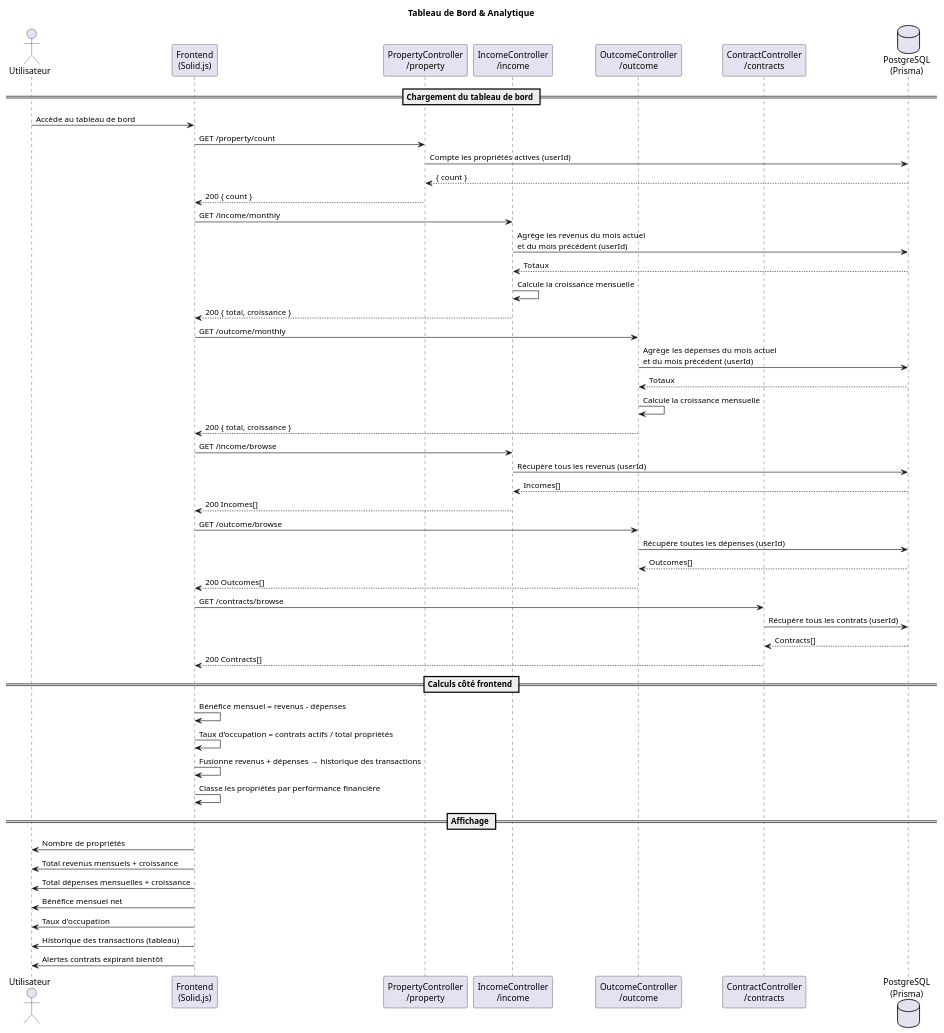
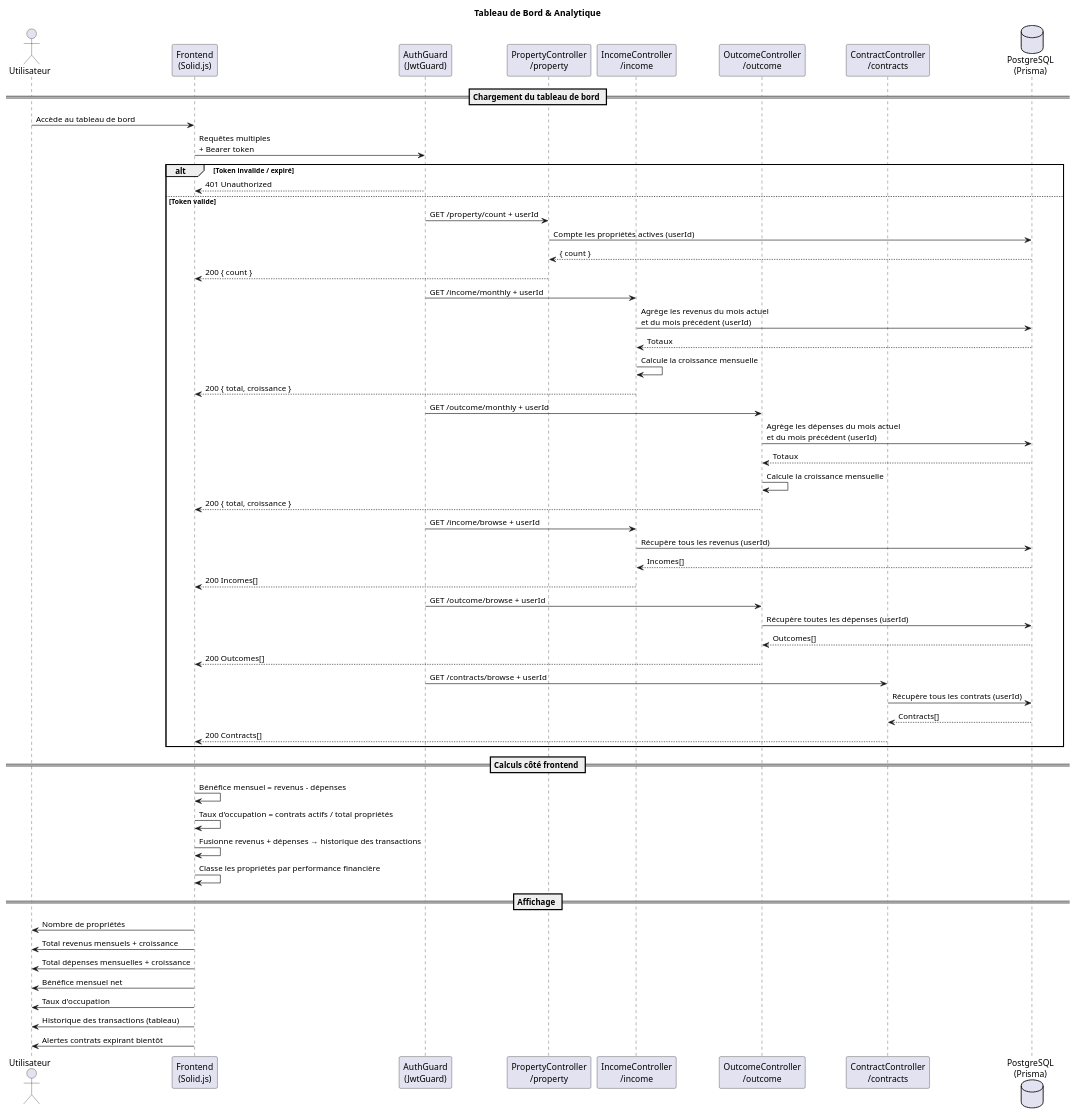
Before and after one commit to Quentindrms/proprieto: the diagram in docs/diagram/sequence/tableau-de-bord.puml, drawn with PlantUML. The commit also changed 8 other files, not shown here.

Commit message:
docs(diagrams): add JWT authentication flow to sequence diagrams

```diff
--- a/docs/diagram/sequence/tableau-de-bord.puml
+++ b/docs/diagram/sequence/tableau-de-bord.puml
@@ -1,63 +1,69 @@
 @startuml TableauDeBord
+!pragma layout smetana
 
 title Tableau de Bord & Analytique
 
 actor Utilisateur
 participant "Frontend\n(Solid.js)" as FE
+participant "AuthGuard\n(JwtGuard)" as AG
 participant "PropertyController\n/property" as PC
 participant "IncomeController\n/income" as IC
 participant "OutcomeController\n/outcome" as OC
 participant "ContractController\n/contracts" as CC
 database "PostgreSQL\n(Prisma)" as DB
 
 == Chargement du tableau de bord ==
 Utilisateur -> FE: Accède au tableau de bord
+FE -> AG: Requêtes multiples\n+ Bearer token
+alt Token invalide / expiré
+    AG --> FE: 401 Unauthorized
+else Token valide
+    AG -> PC: GET /property/count + userId
+    PC -> DB: Compte les propriétés actives (userId)
+    DB --> PC: { count }
+    PC --> FE: 200 { count }
 
-FE -> PC: GET /property/count
-PC -> DB: Compte les propriétés actives (userId)
-DB --> PC: { count }
-PC --> FE: 200 { count }
+    AG -> IC: GET /income/monthly + userId
+    IC -> DB: Agrège les revenus du mois actuel\net du mois précédent (userId)
+    DB --> IC: Totaux
+    IC -> IC: Calcule la croissance mensuelle
+    IC --> FE: 200 { total, croissance }
 
-FE -> IC: GET /income/monthly
-IC -> DB: Agrège les revenus du mois actuel\net du mois précédent (userId)
-DB --> IC: Totaux
-IC -> IC: Calcule la croissance mensuelle
-IC --> FE: 200 { total, croissance }
+    AG -> OC: GET /outcome/monthly + userId
+    OC -> DB: Agrège les dépenses du mois actuel\net du mois précédent (userId)
+    DB --> OC: Totaux
+    OC -> OC: Calcule la croissance mensuelle
+    OC --> FE: 200 { total, croissance }
 
-FE -> OC: GET /outcome/monthly
-OC -> DB: Agrège les dépenses du mois actuel\net du mois précédent (userId)
-DB --> OC: Totaux
-OC -> OC: Calcule la croissance mensuelle
-OC --> FE: 200 { total, croissance }
+    AG -> IC: GET /income/browse + userId
+    IC -> DB: Récupère tous les revenus (userId)
+    DB --> IC: Incomes[]
+    IC --> FE: 200 Incomes[]
 
-FE -> IC: GET /income/browse
-IC -> DB: Récupère tous les revenus (userId)
-DB --> IC: Incomes[]
-IC --> FE: 200 Incomes[]
+    AG -> OC: GET /outcome/browse + userId
+    OC -> DB: Récupère toutes les dépenses (userId)
+    DB --> OC: Outcomes[]
+    OC --> FE: 200 Outcomes[]
 
-FE -> OC: GET /outcome/browse
-OC -> DB: Récupère toutes les dépenses (userId)
-DB --> OC: Outcomes[]
-OC --> FE: 200 Outcomes[]
-
-FE -> CC: GET /contracts/browse
-CC -> DB: Récupère tous les contrats (userId)
-DB --> CC: Contracts[]
-CC --> FE: 200 Contracts[]
+    AG -> CC: GET /contracts/browse + userId
+    CC -> DB: Récupère tous les contrats (userId)
+    DB --> CC: Contracts[]
+    CC --> FE: 200 Contracts[]
+end
 
 == Calculs côté frontend ==
 FE -> FE: Bénéfice mensuel = revenus - dépenses
 FE -> FE: Taux d'occupation = contrats actifs / total propriétés
 FE -> FE: Fusionne revenus + dépenses → historique des transactions
 FE -> FE: Classe les propriétés par performance financière
 
 == Affichage ==
 FE -> Utilisateur: Nombre de propriétés
 FE -> Utilisateur: Total revenus mensuels + croissance
 FE -> Utilisateur: Total dépenses mensuelles + croissance
 FE -> Utilisateur: Bénéfice mensuel net
 FE -> Utilisateur: Taux d'occupation
 FE -> Utilisateur: Historique des transactions (tableau)
 FE -> Utilisateur: Alertes contrats expirant bientôt
 
 @enduml
```
